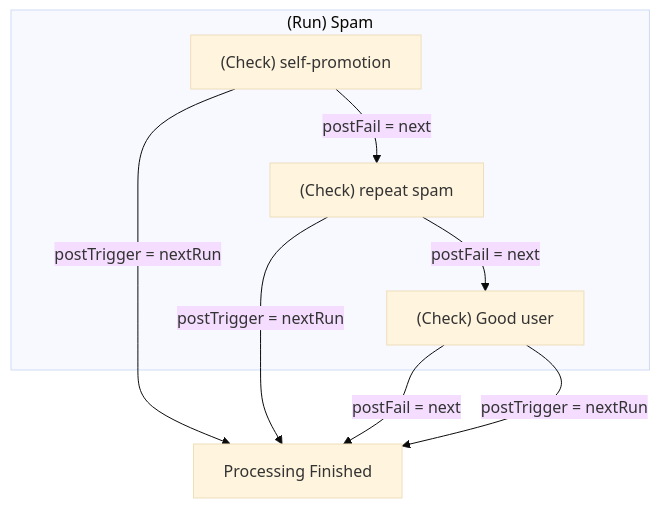
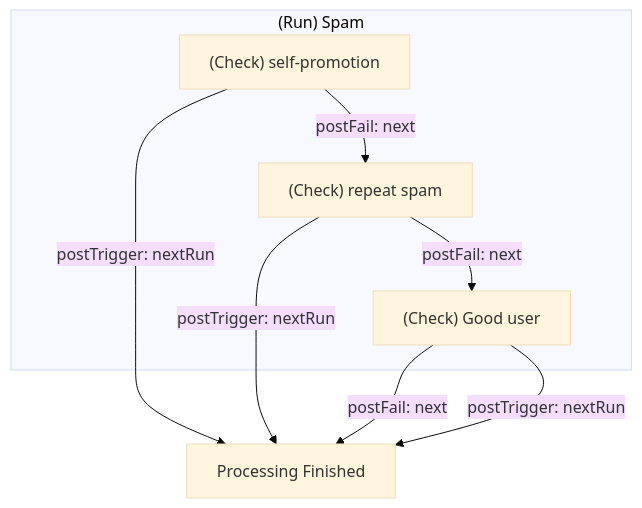
One commit to FoxxMD/context-mod changed the first of 2 diagrams in docs/examples/advancedConcepts/flowControl.md. Above: the diagram before and after it, drawn with Mermaid (base theme). The commit also changed other lines of this file, not shown here.

First line of the commit message:
fix(docs): mermaid issue was being inside closed detail block

````diff
--- a/docs/examples/advancedConcepts/flowControl.md
+++ b/docs/examples/advancedConcepts/flowControl.md
@@ -193,13 +191,13 @@
 ```mermaid
 flowchart TB
     subgraph spam ["(Run) Spam"]
-        b1["(Check) self-promotion"] -- "postFail = next" --> b2
-        b2["(Check) repeat spam"] -- "postFail = next" --> b3
+        b1["(Check) self-promotion"] -- "postFail: next" --> b2
+        b2["(Check) repeat spam"] -- "postFail: next" --> b3
         b3["(Check) Good user"]
     end
-    b1 -- "postTrigger = nextRun" --> finish
-    b2 -- "postTrigger = nextRun" --> finish
-    b3 -- "postFail = next" --> finish
-    b3 -- "postTrigger = nextRun" --> finish
+    b1 -- "postTrigger: nextRun" --> finish
+    b2 -- "postTrigger: nextRun" --> finish
+    b3 -- "postFail: next" --> finish
+    b3 -- "postTrigger: nextRun" --> finish
     finish[Processing Finished]
 ```
````
